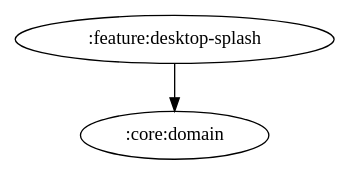
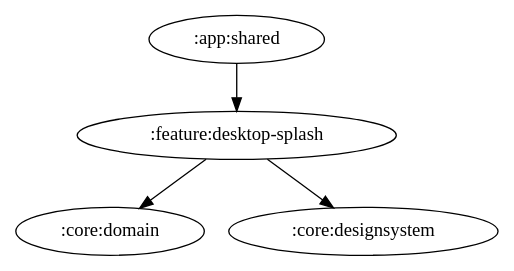
The diagram in docs/graphs/feature-desktop-splash.gv (ai-kurou/KoDriver), drawn with Graphviz before and after one commit. The commit also changed 7 other files, not shown here.

Commit message:
chore: update module graph images

```diff
--- a/docs/graphs/feature-desktop-splash.gv
+++ b/docs/graphs/feature-desktop-splash.gv
@@ -1,4 +1,6 @@
 digraph G {
   rankdir=TB
+  ":app:shared" -> ":feature:desktop-splash"
   ":feature:desktop-splash" -> ":core:domain"
+  ":feature:desktop-splash" -> ":core:designsystem"
 }
```
